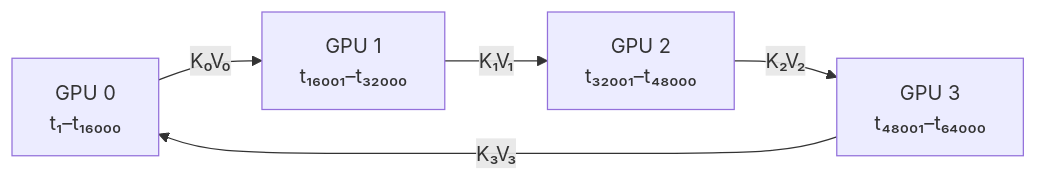
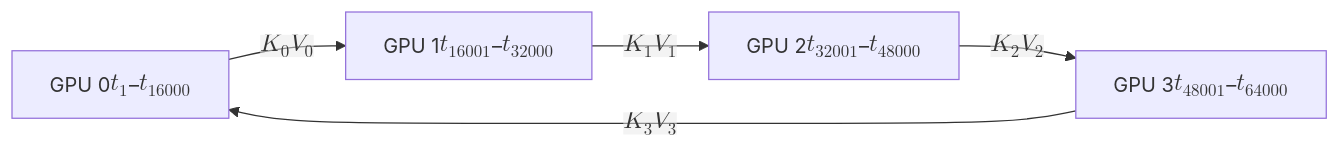
The fourth of 7 diagrams in _posts/2026-08-19-multi-gpu-scaling-strategies.md (arganzheng/arganzheng.github.com), drawn with Mermaid before and after one commit.

Commit message:
vLLM（08）多卡并行：Ring Attention 图的下标改用 KaTeX
四卡环形图的 t₁–t₁₆₀₀₀ 等 token 范围、边上的 K₀V₀…K₃V₃ 改为 $$t_1$$–$$t_{16000}$$、$$K_0 V_0$$：Unicode 下标在站点字体里被画成极小的字形。

````diff
--- a/_posts/2026-08-19-multi-gpu-scaling-strategies.md
+++ b/_posts/2026-08-19-multi-gpu-scaling-strategies.md
@@ -1545,8 +1545,8 @@
 ```mermaid
 %% 图：Ring Attention：4 个 GPU 各持一段序列，K、V 沿环传递四步凑出全局注意力
 graph LR
-    G0["GPU 0<br/>t₁–t₁₆₀₀₀"] -->|"K₀V₀"| G1["GPU 1<br/>t₁₆₀₀₁–t₃₂₀₀₀"]
-    G1 -->|"K₁V₁"| G2["GPU 2<br/>t₃₂₀₀₁–t₄₈₀₀₀"]
-    G2 -->|"K₂V₂"| G3["GPU 3<br/>t₄₈₀₀₁–t₆₄₀₀₀"]
-    G3 -->|"K₃V₃"| G0
+    G0["GPU 0<br/>$$t_1$$–$$t_{16000}$$"] -->|"$$K_0 V_0$$"| G1["GPU 1<br/>$$t_{16001}$$–$$t_{32000}$$"]
+    G1 -->|"$$K_1 V_1$$"| G2["GPU 2<br/>$$t_{32001}$$–$$t_{48000}$$"]
+    G2 -->|"$$K_2 V_2$$"| G3["GPU 3<br/>$$t_{48001}$$–$$t_{64000}$$"]
+    G3 -->|"$$K_3 V_3$$"| G0
 ```
````
